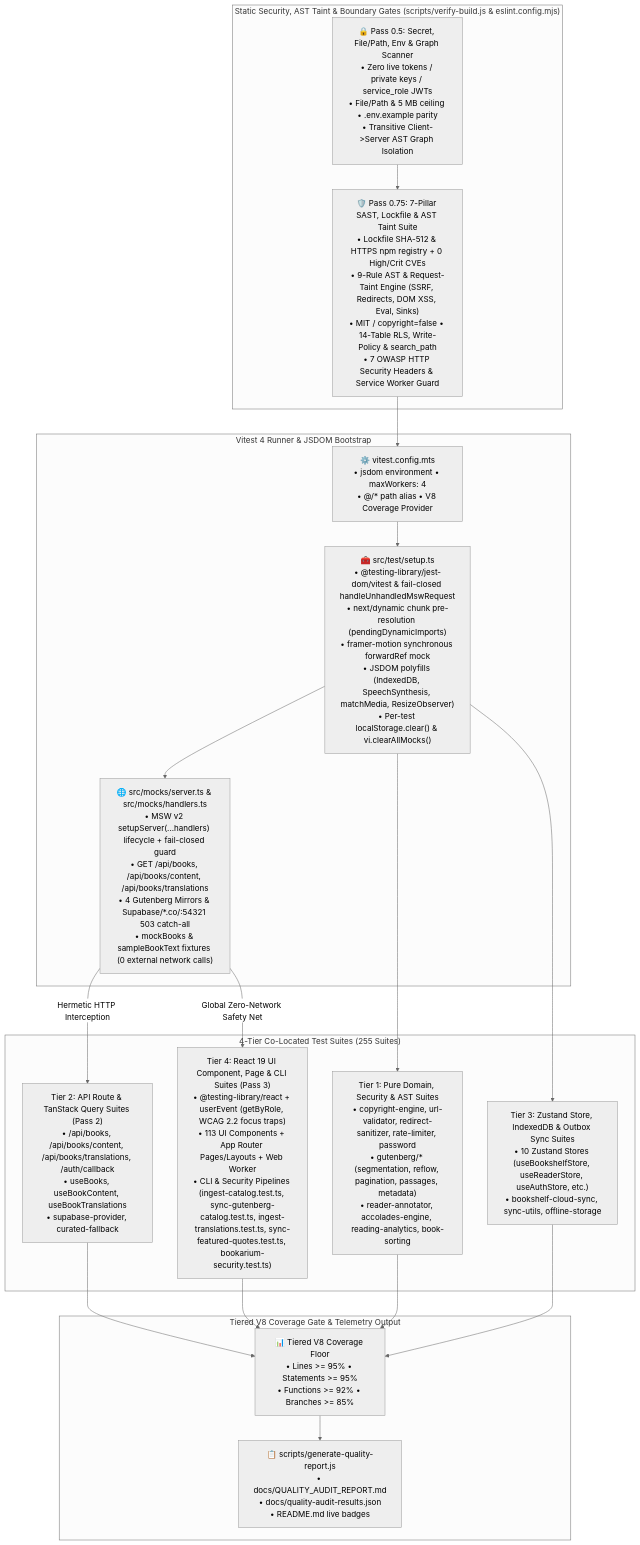
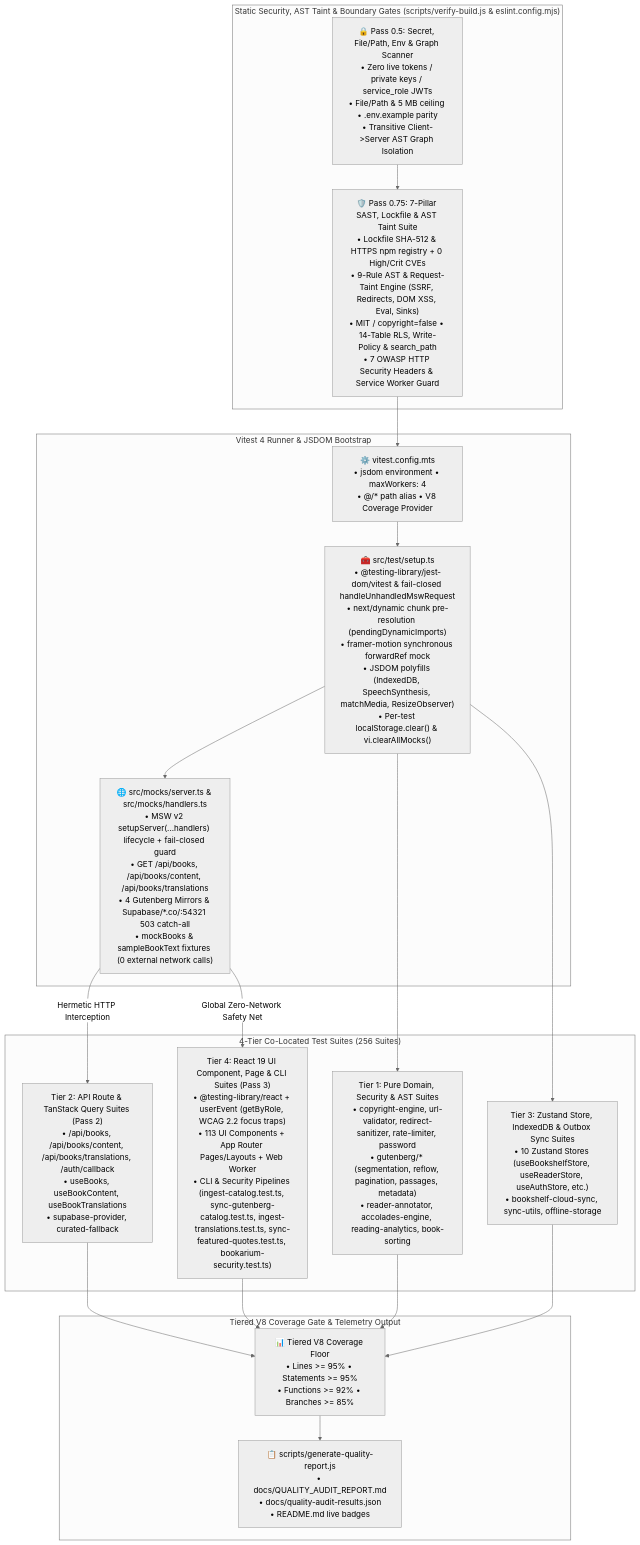
One commit to calin-m/Bookarium changed the ninth of 13 diagrams in docs/ARCHITECTURE.md. Above: the diagram before and after it, drawn with Mermaid (neutral theme). The commit also changed other lines of this file and 44 other files, not shown here.

````diff
--- a/docs/ARCHITECTURE.md
+++ b/docs/ARCHITECTURE.md
@@ -1180,39 +1190,39 @@
 ```mermaid
 flowchart TD
     subgraph SecurityGates ["Static Security, AST Taint & Boundary Gates (scripts/verify-build.js & eslint.config.mjs)"]
         Pass05["🔒 Pass 0.5: Secret, File/Path, Env & Graph Scanner\n• Zero live tokens / private keys / service_role JWTs\n• File/Path & 5 MB ceiling • .env.example parity\n• Transitive Client->Server AST Graph Isolation"]
         Pass075["🛡️ Pass 0.75: 7-Pillar SAST, Lockfile & AST Taint Suite\n• Lockfile SHA-512 & HTTPS npm registry + 0 High/Crit CVEs\n• 9-Rule AST & Request-Taint Engine (SSRF, Redirects, DOM XSS, Eval, Sinks)\n• MIT / copyright=false • 14-Table RLS, Write-Policy & search_path\n• 7 OWASP HTTP Security Headers & Service Worker Guard"]
     end
 
     subgraph TestRunner ["Vitest 4 Runner & JSDOM Bootstrap"]
         VitestCfg["⚙️ vitest.config.mts\n• jsdom environment • maxWorkers: 4\n• @/* path alias • V8 Coverage Provider"]
         TestSetup["🧰 src/test/setup.ts\n• @testing-library/jest-dom/vitest & fail-closed handleUnhandledMswRequest\n• next/dynamic chunk pre-resolution (pendingDynamicImports)\n• framer-motion synchronous forwardRef mock\n• JSDOM polyfills (IndexedDB, SpeechSynthesis, matchMedia, ResizeObserver)\n• Per-test localStorage.clear() & vi.clearAllMocks()"]
         MSWServer["🌐 src/mocks/server.ts & src/mocks/handlers.ts\n• MSW v2 setupServer(...handlers) lifecycle + fail-closed guard\n• GET /api/books, /api/books/content, /api/books/translations\n• 4 Gutenberg Mirrors & Supabase/*.co/:54321 503 catch-all\n• mockBooks & sampleBookText fixtures (0 external network calls)"]
     end
 
-    subgraph TestTiers ["4-Tier Co-Located Test Suites (255 Suites)"]
+    subgraph TestTiers ["4-Tier Co-Located Test Suites (256 Suites)"]
         Tier1["Tier 1: Pure Domain, Security & AST Suites\n• copyright-engine, url-validator, redirect-sanitizer, rate-limiter, password\n• gutenberg/* (segmentation, reflow, pagination, passages, metadata)\n• reader-annotator, accolades-engine, reading-analytics, book-sorting"]
         Tier2["Tier 2: API Route & TanStack Query Suites (Pass 2)\n• /api/books, /api/books/content, /api/books/translations, /auth/callback\n• useBooks, useBookContent, useBookTranslations\n• supabase-provider, curated-fallback"]
         Tier3["Tier 3: Zustand Store, IndexedDB & Outbox Sync Suites\n• 10 Zustand Stores (useBookshelfStore, useReaderStore, useAuthStore, etc.)\n• bookshelf-cloud-sync, sync-utils, offline-storage"]
         Tier4["Tier 4: React 19 UI Component, Page & CLI Suites (Pass 3)\n• @testing-library/react + userEvent (getByRole, WCAG 2.2 focus traps)\n• 113 UI Components + App Router Pages/Layouts + Web Worker\n• CLI & Security Pipelines (ingest-catalog.test.ts, sync-gutenberg-catalog.test.ts, ingest-translations.test.ts, sync-featured-quotes.test.ts, bookarium-security.test.ts)"]
     end
 
     subgraph CoverageGate ["Tiered V8 Coverage Gate & Telemetry Output"]
         V8Thresholds["📊 Tiered V8 Coverage Floor\n• Lines >= 95% • Statements >= 95%\n• Functions >= 92% • Branches >= 85%"]
         QualityReport["📋 scripts/generate-quality-report.js\n• docs/QUALITY_AUDIT_REPORT.md\n• docs/quality-audit-results.json\n• README.md live badges"]
     end
 
     Pass05 --> Pass075
     Pass075 --> VitestCfg
     VitestCfg --> TestSetup
     TestSetup --> MSWServer
     TestSetup --> Tier1
     MSWServer -->|"Hermetic HTTP Interception"| Tier2
     TestSetup --> Tier3
     MSWServer -->|"Global Zero-Network Safety Net"| Tier4
     Tier1 --> V8Thresholds
     Tier2 --> V8Thresholds
     Tier3 --> V8Thresholds
     Tier4 --> V8Thresholds
     V8Thresholds --> QualityReport
 ```
````
